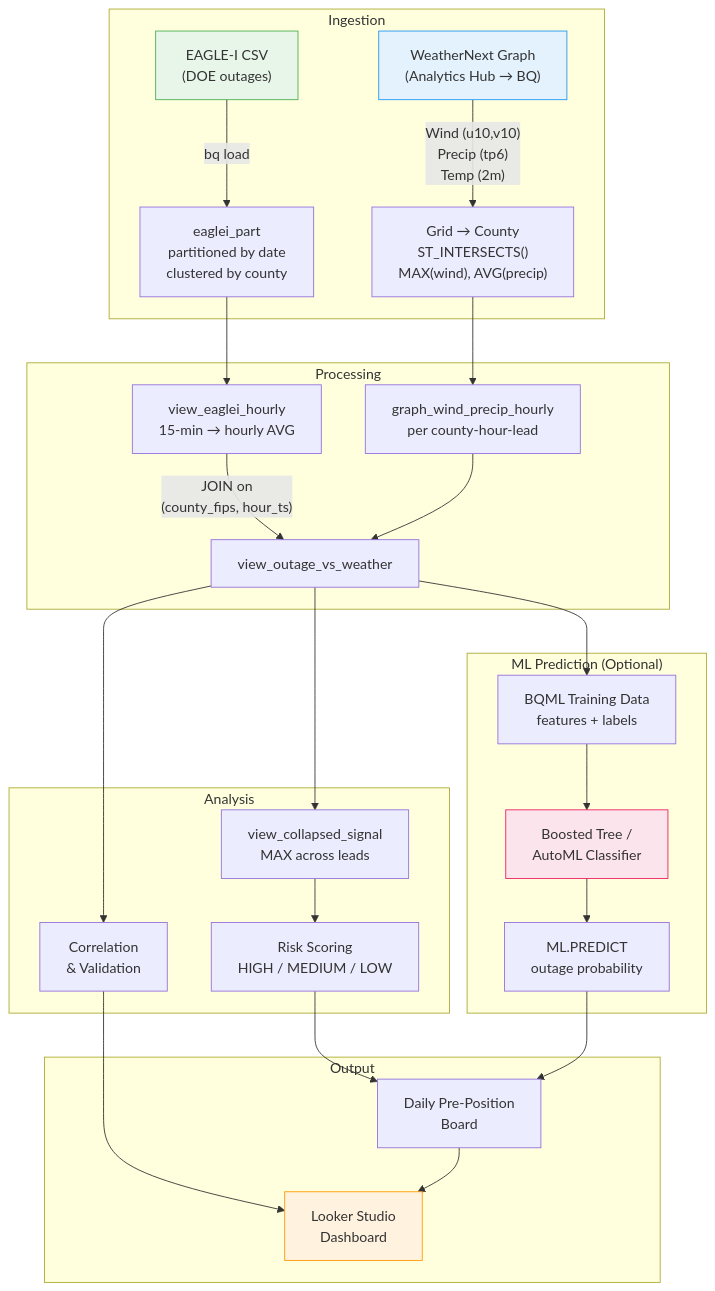
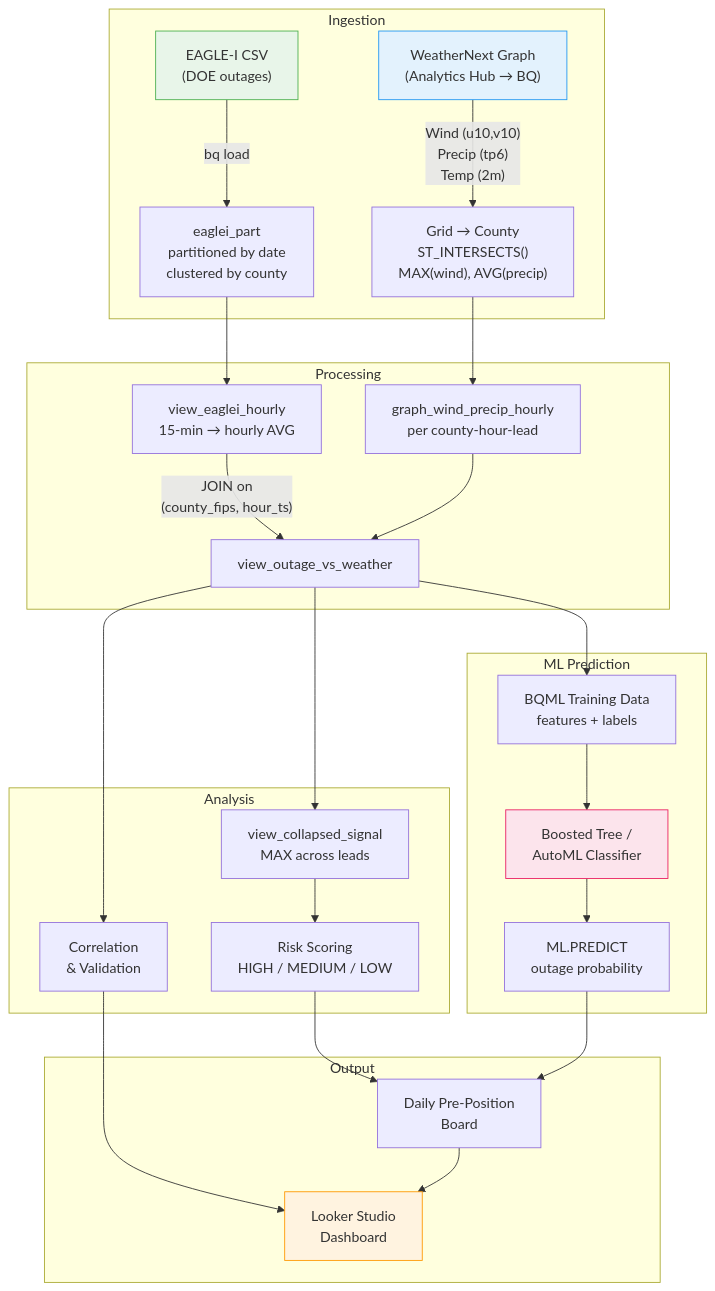
The diagram in README.md (biplovbhandari/weathernext-outage-forecasting), drawn with Mermaid before and after one commit. The commit also changed other lines of this file and 4 other files, not shown here.

````diff
--- a/README.md
+++ b/README.md
@@ -24,38 +24,38 @@
 ```mermaid
 graph TD
     subgraph Ingestion
         A["EAGLE-I CSV<br/>(DOE outages)"] -->|bq load| B["eaglei_part<br/>partitioned by date<br/>clustered by county"]
         C["WeatherNext Graph<br/>(Analytics Hub → BQ)"] -->|"Wind (u10,v10)<br/>Precip (tp6)<br/>Temp (2m)"| D["Grid → County<br/>ST_INTERSECTS()<br/>MAX(wind), AVG(precip)"]
     end
 
     subgraph Processing
         B --> E["view_eaglei_hourly<br/>15-min → hourly AVG"]
         D --> F["graph_wind_precip_hourly<br/>per county-hour-lead"]
         E -->|"JOIN on<br/>(county_fips, hour_ts)"| G["view_outage_vs_weather"]
         F --> G
     end
 
     subgraph Analysis
         G --> H["Correlation<br/>& Validation"]
         G --> I["view_collapsed_signal<br/>MAX across leads"]
         I --> J["Risk Scoring<br/>HIGH / MEDIUM / LOW"]
     end
 
-    subgraph ML["ML Prediction (Optional)"]
+    subgraph ML["ML Prediction"]
         G --> M["BQML Training Data<br/>features + labels"]
         M --> N["Boosted Tree /<br/>AutoML Classifier"]
         N --> O["ML.PREDICT<br/>outage probability"]
     end
 
     subgraph Output
         J --> K["Daily Pre-Position<br/>Board"]
         O --> K
         K --> L["Looker Studio<br/>Dashboard"]
         H --> L
     end
 
     style A fill:#e8f5e9,stroke:#4caf50
     style C fill:#e3f2fd,stroke:#2196f3
     style N fill:#fce4ec,stroke:#e91e63
     style L fill:#fff3e0,stroke:#ff9800
 ```
````
